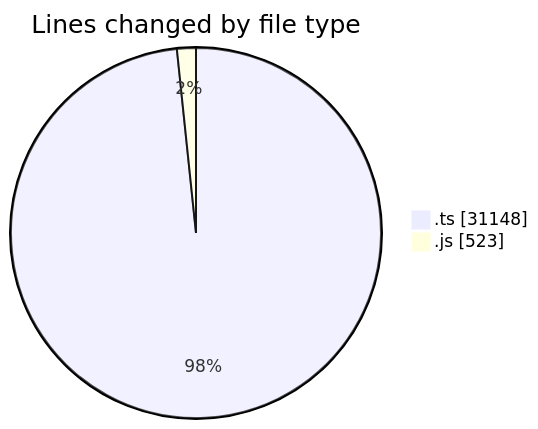
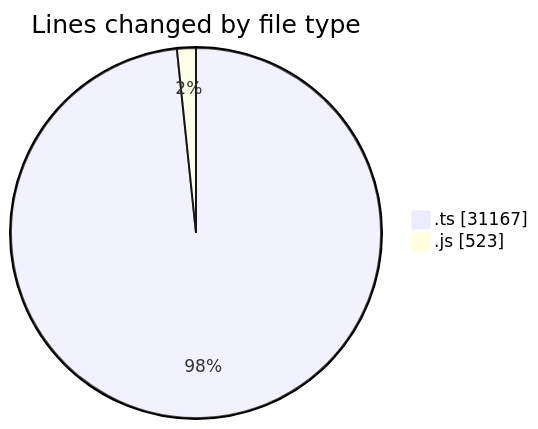
The first of 2 diagrams in 2025-07-31/cda/README.md (momahboobian/code-tracking), drawn with Mermaid before and after one commit. The commit also changed other lines of this file and 1 other file, not shown here.

````diff
--- a/2025-07-31/cda/README.md
+++ b/2025-07-31/cda/README.md
@@ -23,6 +23,6 @@
 ```mermaid
 pie showData
 title Lines changed by file type
-".ts" : 31148
+".ts" : 31167
 ".js" : 523
 ```
````
